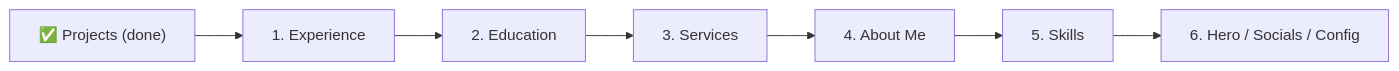
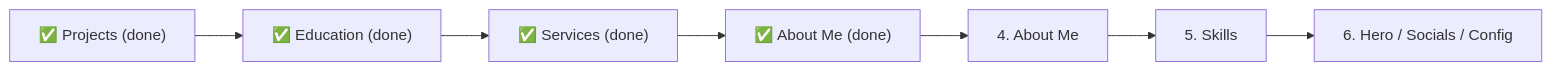
One commit to propbono/next-gmozer.ca changed the diagram in PAYLOAD_MIGRATION_ANALYSIS.md. Above: the diagram before and after it, drawn with Mermaid. The commit also changed 8 other files, not shown here.

````diff
--- a/PAYLOAD_MIGRATION_ANALYSIS.md
+++ b/PAYLOAD_MIGRATION_ANALYSIS.md
@@ -121,9 +121,9 @@
 ```mermaid
 graph LR
     A["✅ Projects (done)"] --> B["1. Experience"]
-    B --> C["2. Education"]
-    C --> D["3. Services"]
-    D --> E["4. About Me"]
+    B["✅ Education (done)"] --> C["2. Education"]
+    C["✅ Services (done)"] --> D["3. Services"]
+    D["✅ About Me (done)"] --> E["4. About Me"]
     E --> F["5. Skills"]
     F --> G["6. Hero / Socials / Config"]
 ```
````
